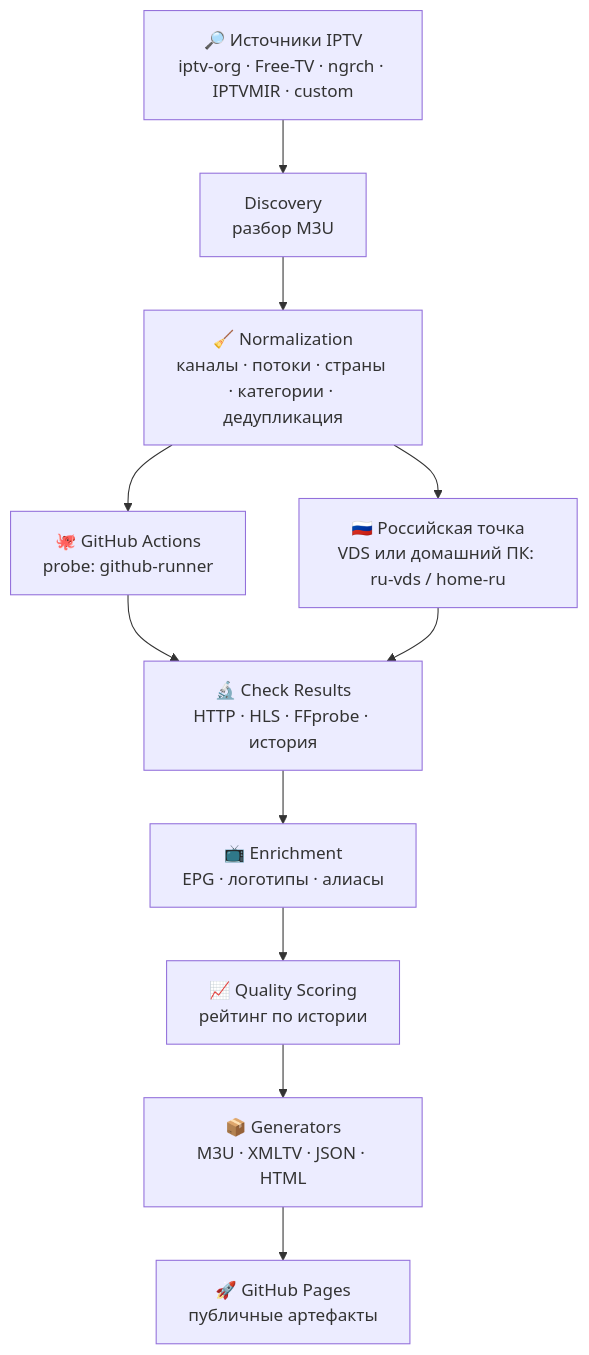
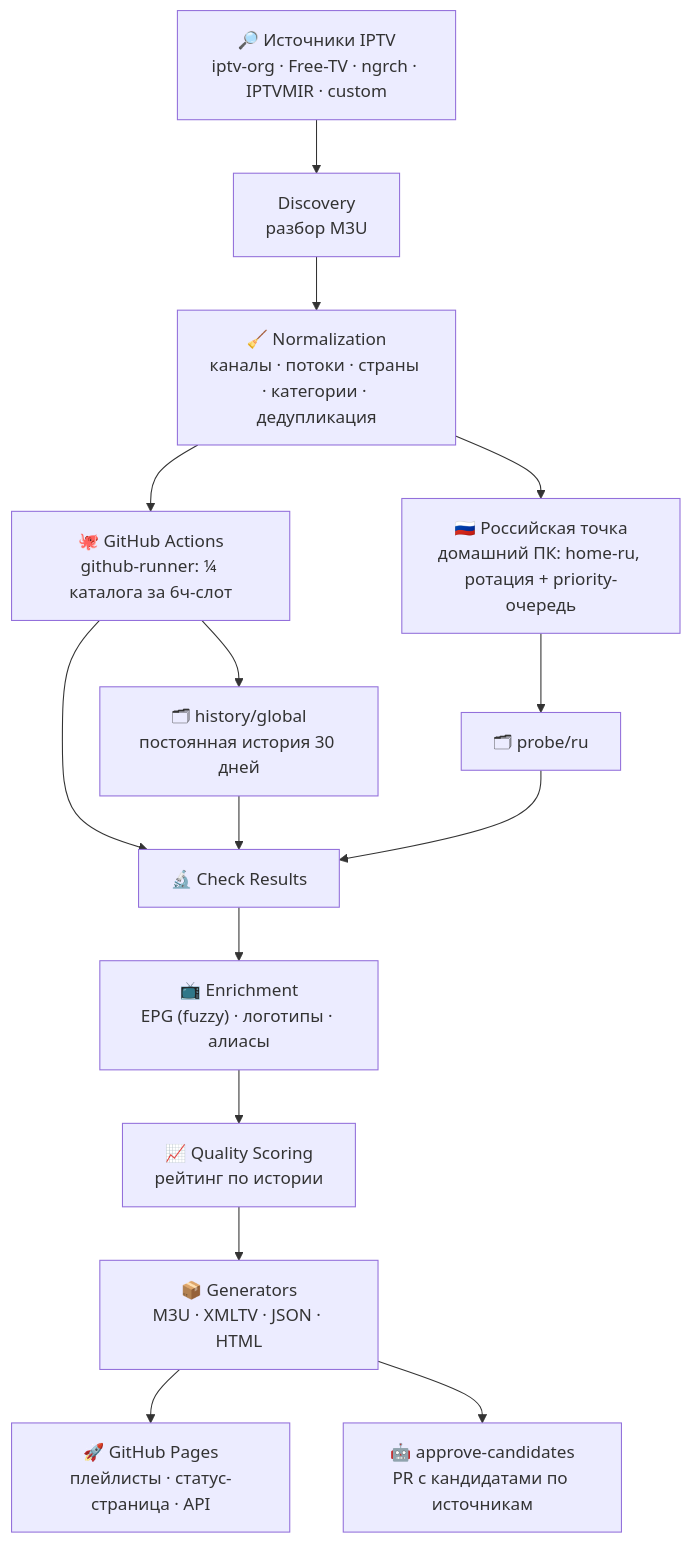
One commit to chelslava/iptv-ru-monitor changed the diagram in README.md. Above: the diagram before and after it, drawn with Mermaid. The commit also changed other lines of this file, not shown here.

````diff
--- a/README.md
+++ b/README.md
@@ -101,13 +126,17 @@
 ```mermaid
 flowchart TD
     SRC["🔎 Источники IPTV<br/>iptv-org · Free-TV · ngrch · IPTVMIR · custom"] --> DISC["Discovery<br/>разбор M3U"]
     DISC --> NORM["🧹 Normalization<br/>каналы · потоки · страны · категории · дедупликация"]
-    NORM --> GH["🐙 GitHub Actions<br/>probe: github-runner"]
-    NORM --> VDS["🇷🇺 Российская точка<br/>VDS или домашний ПК: ru-vds / home-ru"]
-    GH --> RES["🔬 Check Results<br/>HTTP · HLS · FFprobe · история"]
-    VDS --> RES
-    RES --> ENR["📺 Enrichment<br/>EPG · логотипы · алиасы"]
+    NORM --> GH["🐙 GitHub Actions<br/>github-runner: ¼ каталога за 6ч-слот"]
+    NORM --> VDS["🇷🇺 Российская точка<br/>домашний ПК: home-ru, ротация + priority-очередь"]
+    GH --> HIST["🗂 history/global<br/>постоянная история 30 дней"]
+    GH --> RES["🔬 Check Results"]
+    VDS --> PRB["🗂 probe/ru"]
+    HIST --> RES
+    PRB --> RES
+    RES --> ENR["📺 Enrichment<br/>EPG (fuzzy) · логотипы · алиасы"]
     ENR --> SCORE["📈 Quality Scoring<br/>рейтинг по истории"]
     SCORE --> GEN["📦 Generators<br/>M3U · XMLTV · JSON · HTML"]
-    GEN --> PAGES["🚀 GitHub Pages<br/>публичные артефакты"]
+    GEN --> PAGES["🚀 GitHub Pages<br/>плейлисты · статус-страница · API"]
+    GEN --> APPR["🤖 approve-candidates<br/>PR с кандидатами по источникам"]
 ```
````
